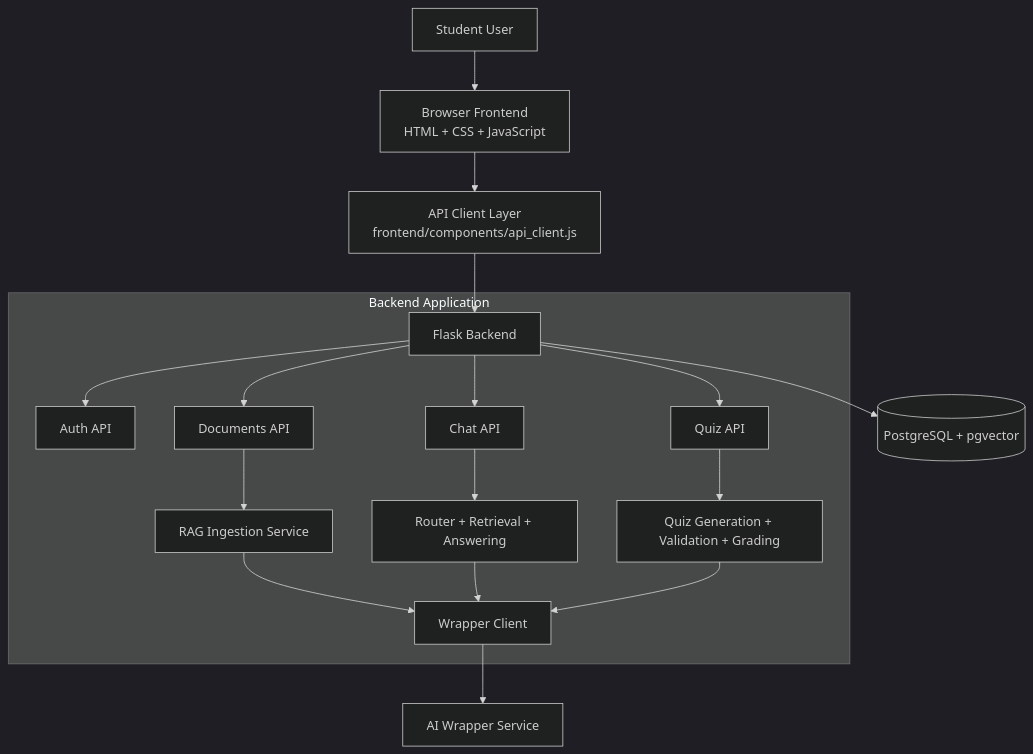
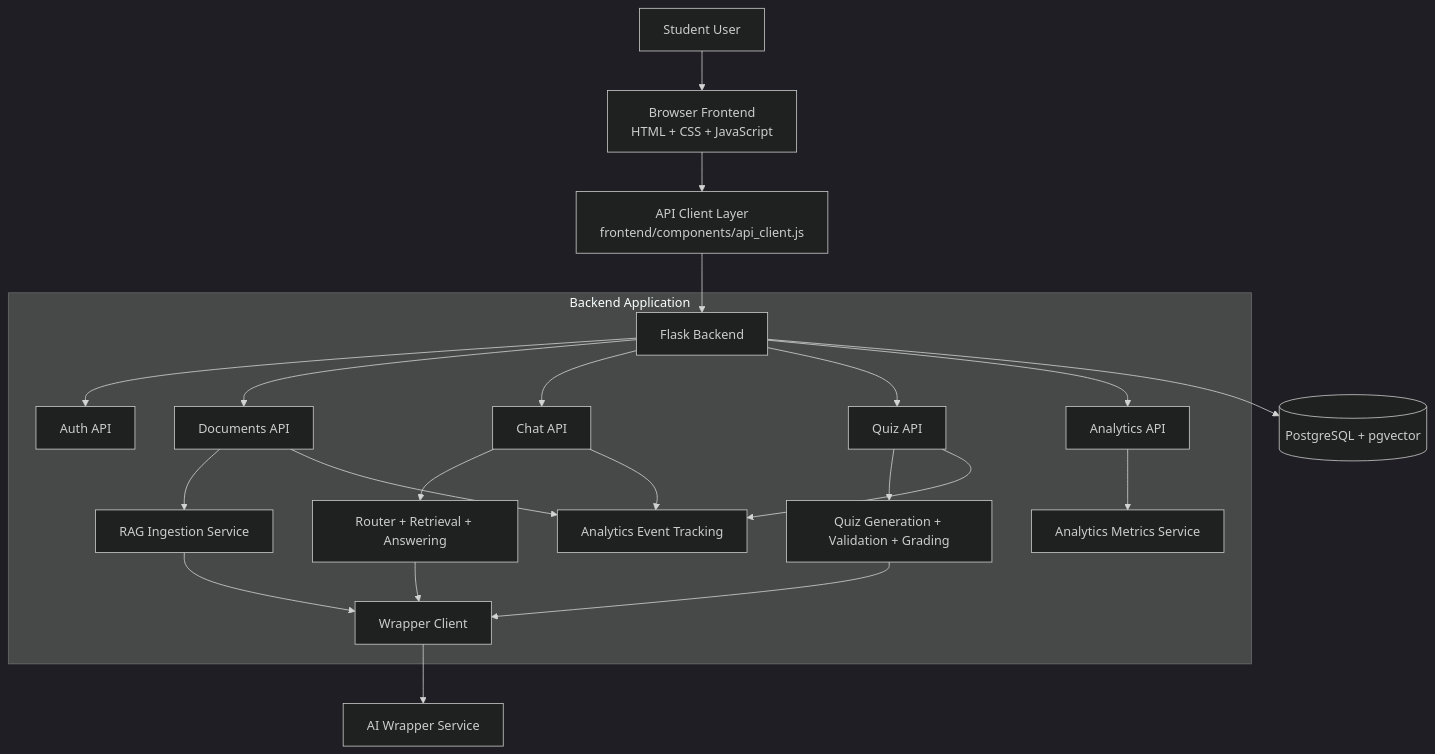
Before and after one commit to bhoomi10102005/Tutor_bot: the first of 5 diagrams in report/2026-03-21_tutor_bot_adsf_report.md, drawn with Mermaid (dark theme). The commit also changed other lines of this file and 1 other file, not shown here.

````diff
--- a/report/2026-03-21_tutor_bot_adsf_report.md
+++ b/report/2026-03-21_tutor_bot_adsf_report.md
@@ -178,23 +182,28 @@
 ```mermaid
 flowchart TB
     U[Student User] --> B[Browser Frontend<br/>HTML + CSS + JavaScript]
     B --> C[API Client Layer<br/>frontend/components/api_client.js]
     C --> D[Flask Backend]
 
     subgraph Backend["Backend Application"]
         D --> A1[Auth API]
         D --> A2[Documents API]
         D --> A3[Chat API]
         D --> A4[Quiz API]
+        D --> A5[Analytics API]
 
         A2 --> S1[RAG Ingestion Service]
         A3 --> S2[Router + Retrieval + Answering]
         A4 --> S3[Quiz Generation + Validation + Grading]
+        A2 --> S4[Analytics Event Tracking]
+        A3 --> S4
+        A4 --> S4
+        A5 --> S5[Analytics Metrics Service]
         S1 --> W[Wrapper Client]
         S2 --> W
         S3 --> W
     end
 
     W --> X[AI Wrapper Service]
     D --> P[(PostgreSQL + pgvector)]
 ```
````
